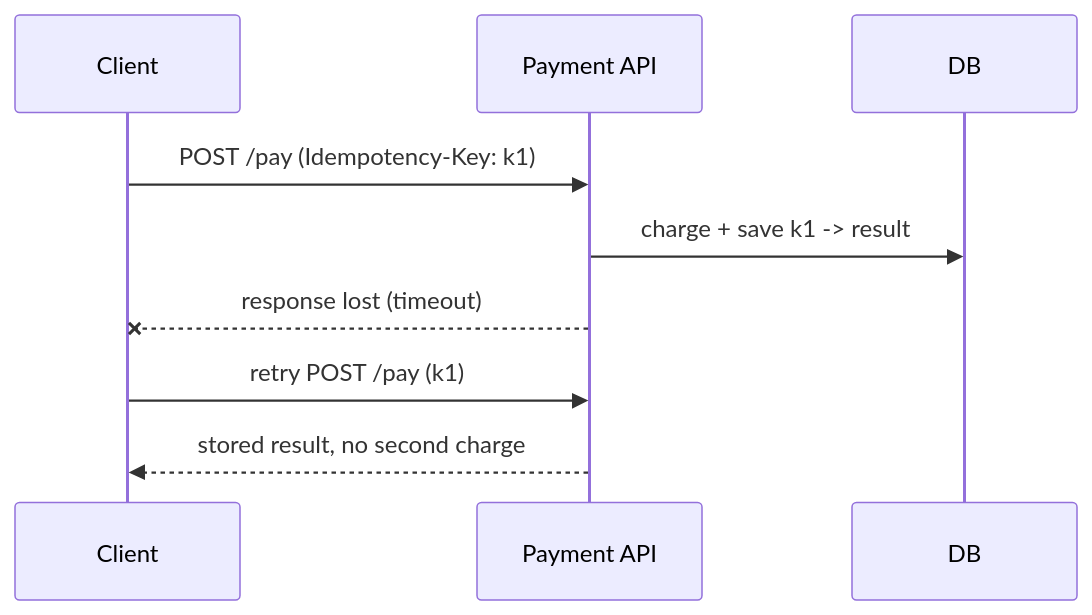
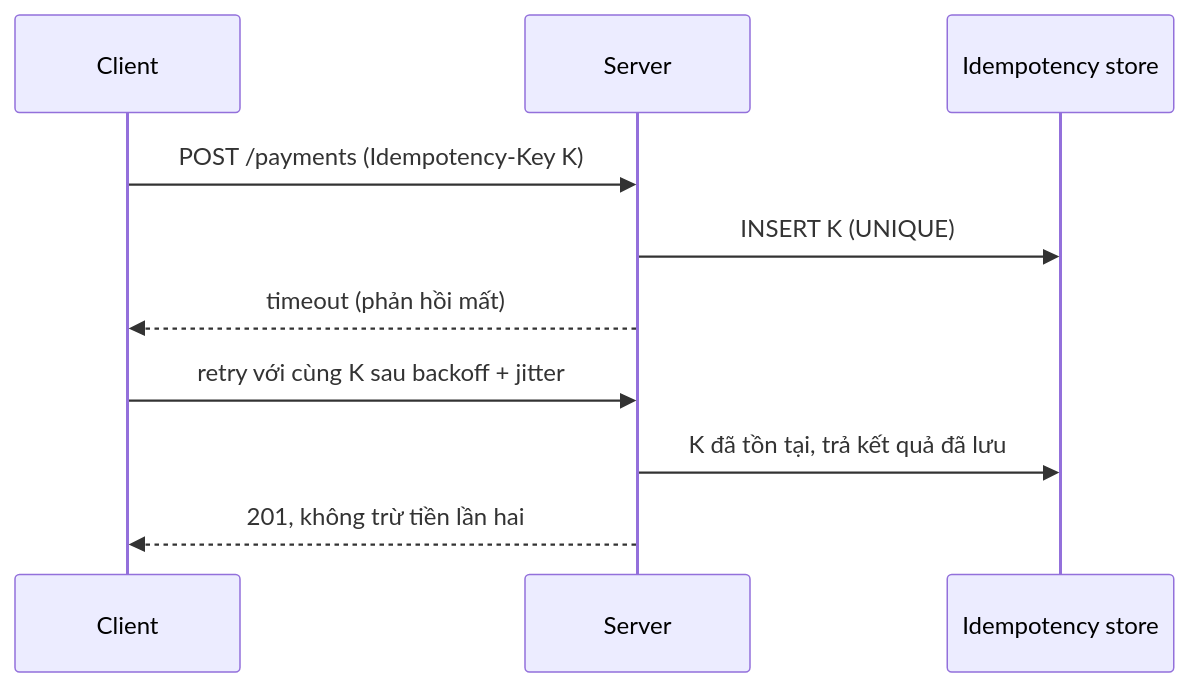
Before and after one commit to passion-Infinity/personal-tech-playbook: the diagram in src/assets/knowledge/playbooks/backend/idempotency-retries.md, drawn with Mermaid. The commit also changed other lines of this file and 6 other files, not shown here.

First line of the commit message:
Deep-dive rewrite: DB indexing, transactions, REST API, authN/authZ, idempotency/retries, backend performance

````diff
--- a/src/assets/knowledge/playbooks/backend/idempotency-retries.md
+++ b/src/assets/knowledge/playbooks/backend/idempotency-retries.md
@@ -23,11 +44,12 @@
 ```mermaid
 sequenceDiagram
     participant C as Client
-    participant S as Payment API
-    participant DB as DB
-    C->>S: POST /pay (Idempotency-Key: k1)
-    S->>DB: charge + save k1 -> result
-    S--xC: response lost (timeout)
-    C->>S: retry POST /pay (k1)
-    S-->>C: stored result, no second charge
+    participant S as Server
+    participant DB as Idempotency store
+    C->>S: POST /payments (Idempotency-Key K)
+    S->>DB: INSERT K (UNIQUE)
+    S-->>C: timeout (phản hồi mất)
+    C->>S: retry với cùng K sau backoff + jitter
+    S->>DB: K đã tồn tại, trả kết quả đã lưu
+    S-->>C: 201, không trừ tiền lần hai
 ```
````
